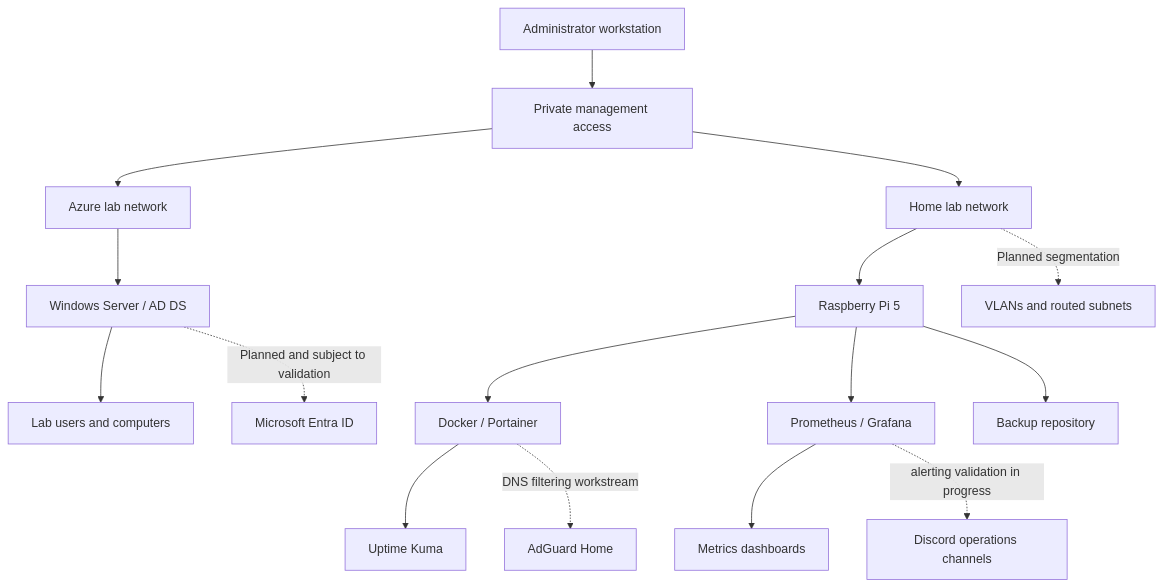
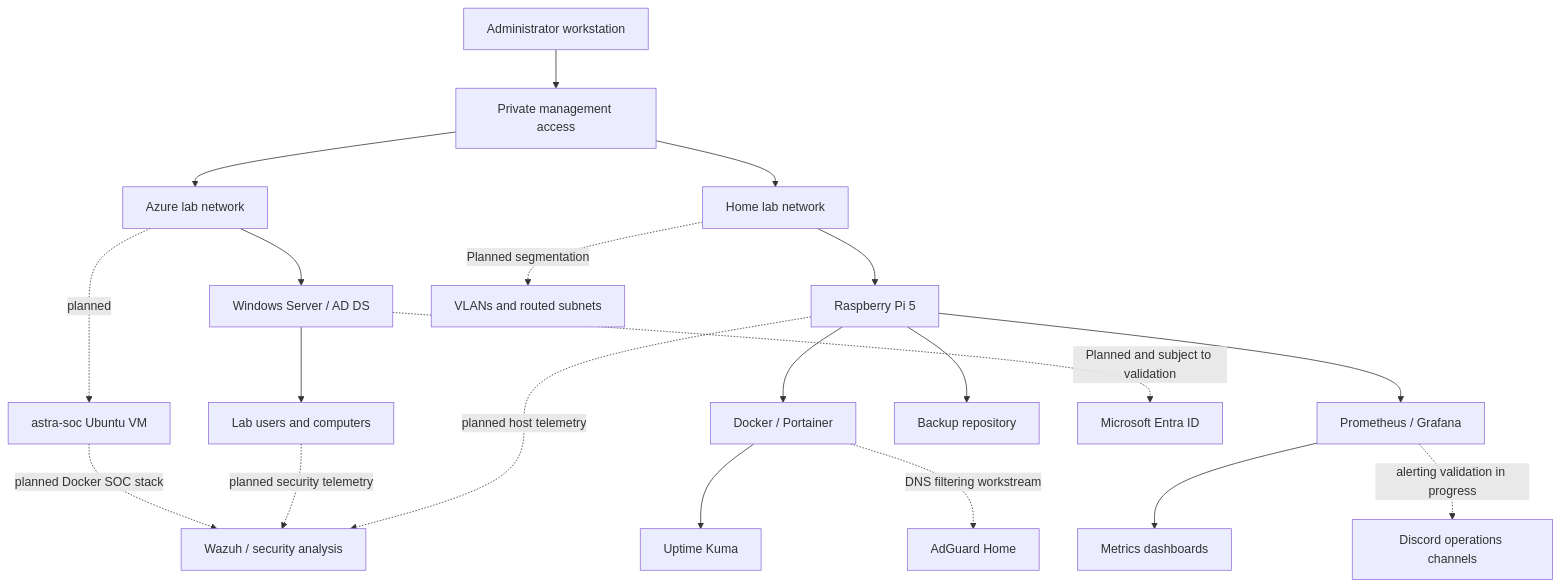
One commit to localhostjohn/astra-infrastructure-lab changed the diagram in README.md. Above: the diagram before and after it, drawn with Mermaid. The commit also changed other lines of this file, not shown here.

Commit message:
docs: add Astra SOC workstream to portfolio overview

````diff
--- a/README.md
+++ b/README.md
@@ -45,18 +48,22 @@
 ```mermaid
 flowchart TB
     A[Administrator workstation] --> B[Private management access]
     B --> C[Azure lab network]
     B --> D[Home lab network]
     C --> E[Windows Server / AD DS]
+    C -. planned .-> Q[astra-soc Ubuntu VM]
+    Q -. planned Docker SOC stack .-> R[Wazuh / security analysis]
     E --> F[Lab users and computers]
+    F -. planned security telemetry .-> R
     D --> G[Raspberry Pi 5]
     G --> H[Docker / Portainer]
     H --> I[Uptime Kuma]
     G --> N[Prometheus / Grafana]
     N --> O[Metrics dashboards]
     N -. alerting validation in progress .-> P[Discord operations channels]
     H -. DNS filtering workstream .-> J[AdGuard Home]
     G --> K[Backup repository]
+    G -. planned host telemetry .-> R
     E -. Planned and subject to validation .-> L[Microsoft Entra ID]
     D -. Planned segmentation .-> M[VLANs and routed subnets]
 ```
````
